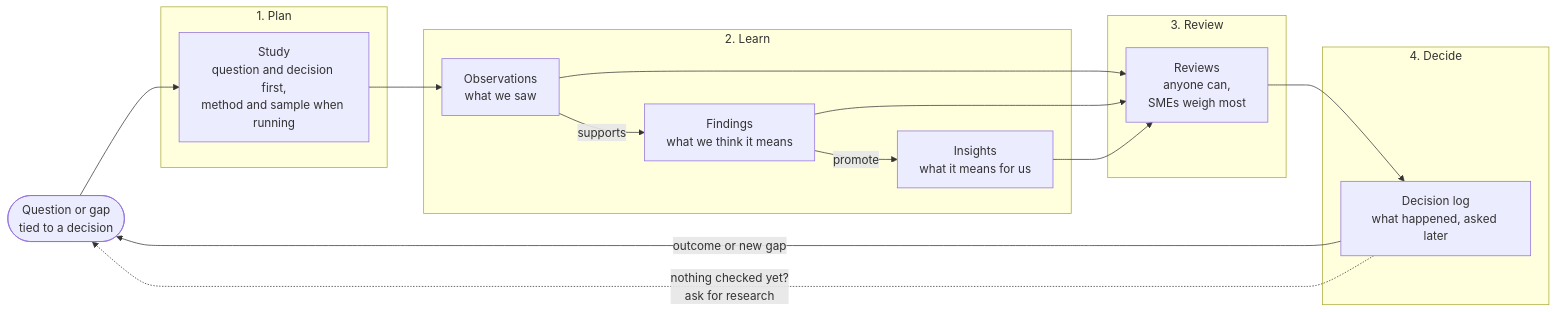
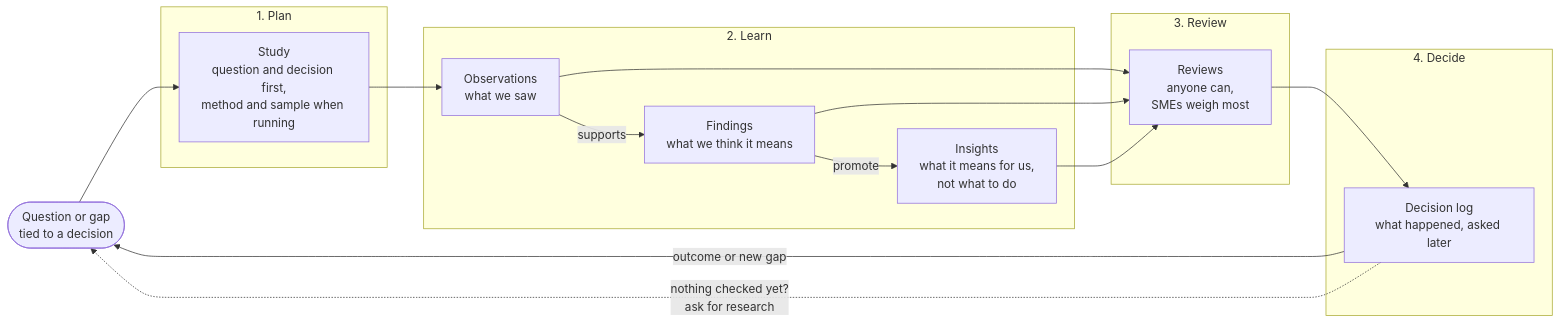
Before and after one commit to mitchh14/amped-insights: the first of 4 diagrams in docs/FLOW.md, drawn with Mermaid. The commit also changed 13 other files, not shown here.

First line of the commit message:
Narrow insight to what it means for us, add problem doc and slow and steady principle

````diff
--- a/docs/FLOW.md
+++ b/docs/FLOW.md
@@ -18,33 +18,33 @@
 ```mermaid
 flowchart LR
     Q(["Question or gap<br/>tied to a decision"])
 
     subgraph M1["1. Plan"]
         S["Study<br/>question and decision first,<br/>method and sample when running"]
     end
 
     subgraph M2["2. Learn"]
         O["Observations<br/>what we saw"]
         F["Findings<br/>what we think it means"]
-        I["Insights<br/>what it means for us"]
+        I["Insights<br/>what it means for us,<br/>not what to do"]
         O -->|supports| F
         F -->|promote| I
     end
 
     subgraph M3["3. Review"]
         V["Reviews<br/>anyone can,<br/>SMEs weigh most"]
     end
 
     subgraph M4["4. Decide"]
         U["Decision log<br/>what happened, asked later"]
     end
 
     Q --> S
     S --> O
     O --> V
     F --> V
     I --> V
     V --> U
     U -->|outcome or new gap| Q
     U -. "nothing checked yet?<br/>ask for research" .-> Q
 ```
````
